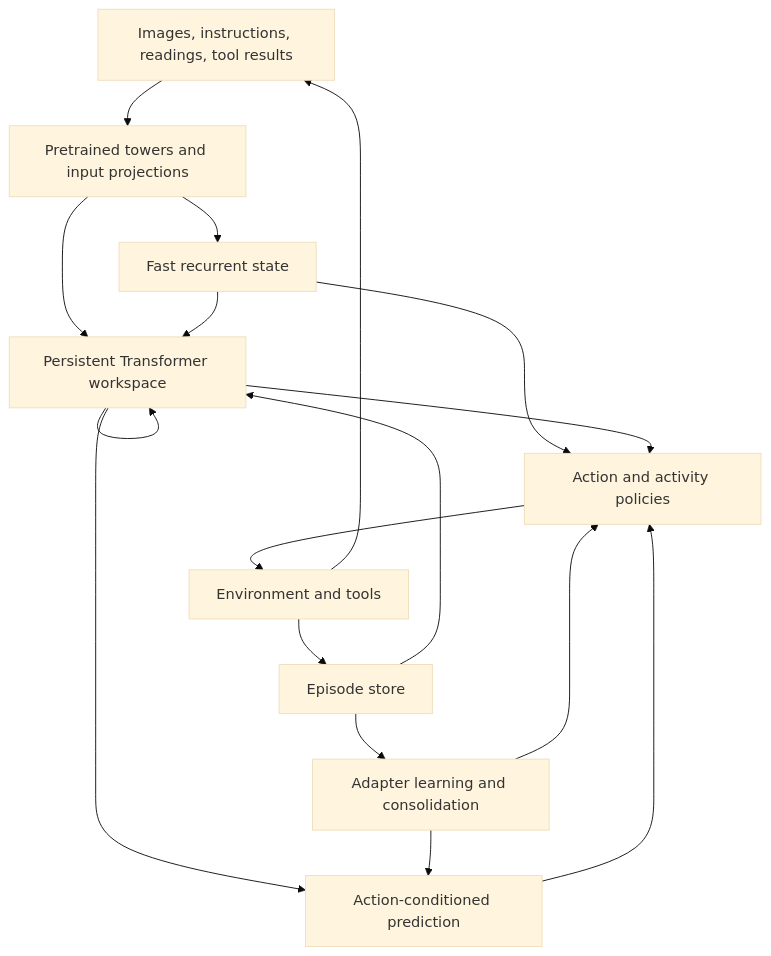
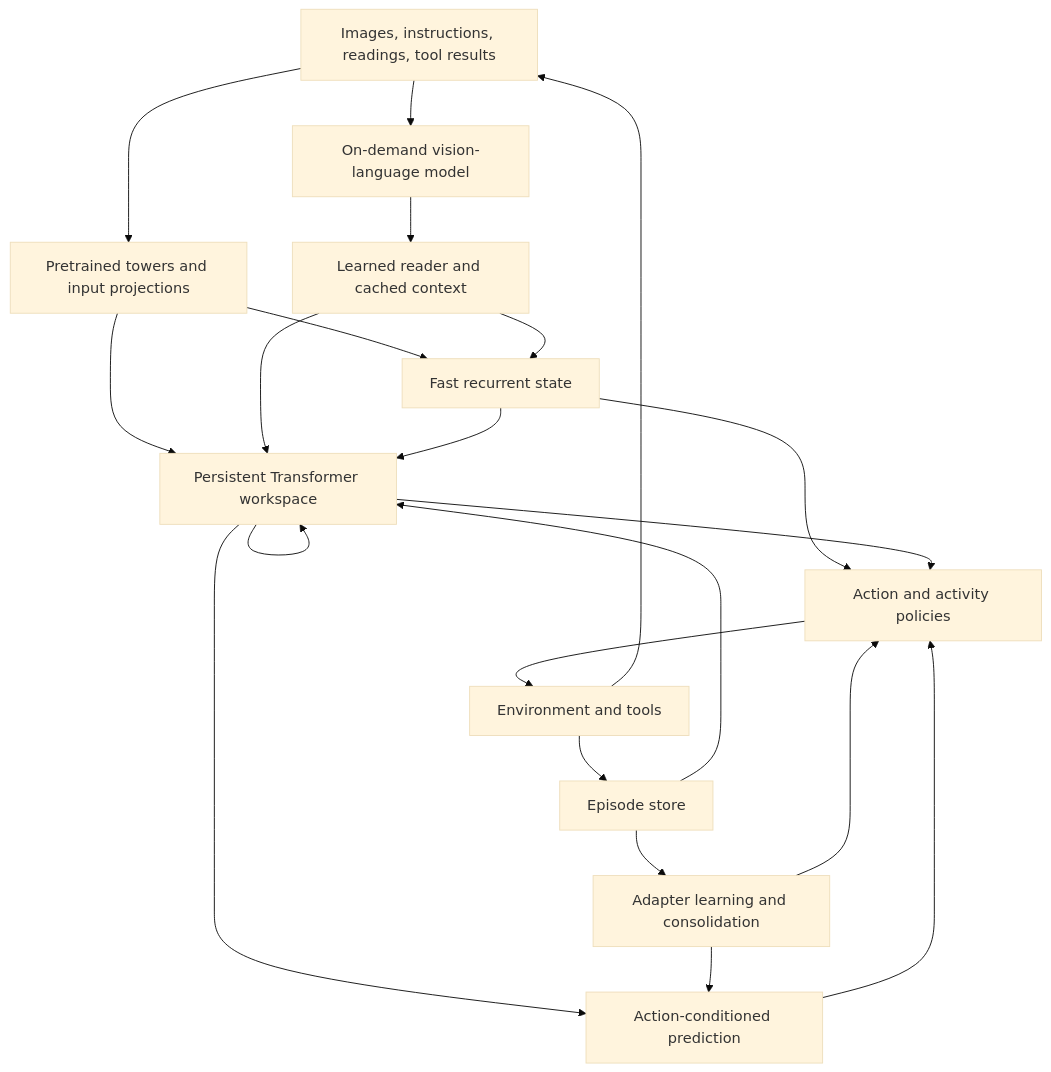
Before and after one commit to Cherish0925/continual-decision-model: the diagram in DESIGN.md, drawn with Mermaid (base theme). The commit also changed other lines of this file and 12 other files, not shown here.

First line of the commit message:
Reuse trained CDM cores and connect pretrained vision-language context

```diff
--- a/DESIGN.md
+++ b/DESIGN.md
@@ -28,19 +29,23 @@
 ~~~mermaid
 flowchart TD
     E["Images, instructions, readings, tool results"] --> P["Pretrained towers and input projections"]
     P --> H["Fast recurrent state"]
     P --> Z["Persistent Transformer workspace"]
+    E --> V["On-demand vision-language model"]
+    V --> C["Learned reader and cached context"]
+    C --> H
+    C --> Z
     H --> Z
     Z --> Z
     H --> A["Action and activity policies"]
     Z --> A
     Z --> W["Action-conditioned prediction"]
     W --> A
     A --> X["Environment and tools"]
     X --> E
     X --> M["Episode store"]
     M --> Z
     M --> L["Adapter learning and consolidation"]
     L --> W
     L --> A
 ~~~
```
